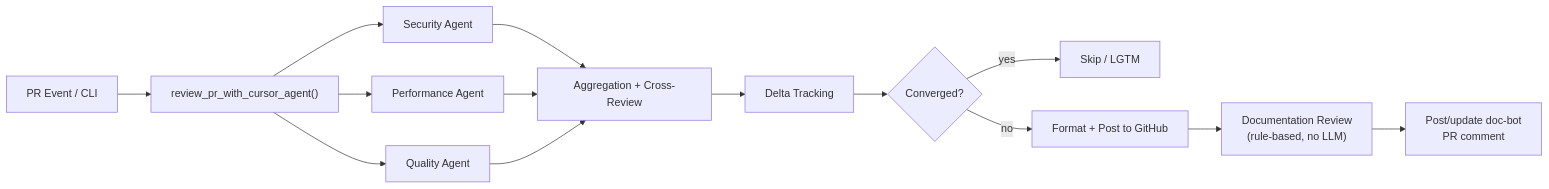
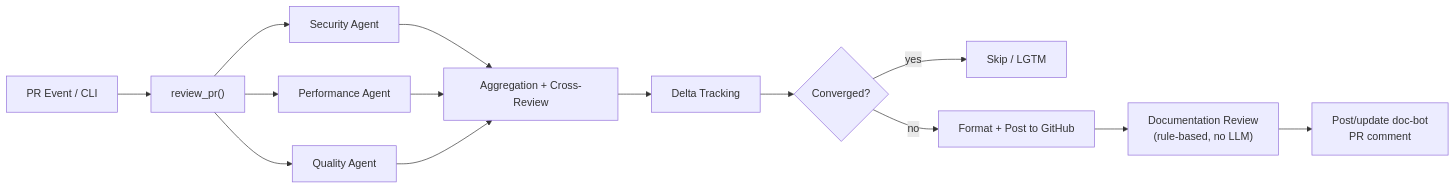
The first of 7 diagrams in docs/ARCHITECTURE.md (calimero-network/ai-code-reviewer), drawn with Mermaid before and after one commit. The commit also changed other lines of this file and 5 other files, not shown here.

````diff
--- a/docs/ARCHITECTURE.md
+++ b/docs/ARCHITECTURE.md
@@ -34,17 +33,17 @@
 ```mermaid
 flowchart LR
     PR["PR Event / CLI"]
-    PR --> Pipeline["review_pr_with_cursor_agent()"]
+    PR --> Pipeline["review_pr()"]
     Pipeline --> A1["Security Agent"]
     Pipeline --> A2["Performance Agent"]
     Pipeline --> A3["Quality Agent"]
     A1 --> Agg["Aggregation + Cross-Review"]
     A2 --> Agg
     A3 --> Agg
     Agg --> Delta["Delta Tracking"]
     Delta --> Conv{"Converged?"}
     Conv -- yes --> Skip["Skip / LGTM"]
     Conv -- no --> Post["Format + Post to GitHub"]
     Post --> DocReview["Documentation Review\n(rule-based, no LLM)"]
     DocReview --> DocComment["Post/update doc-bot\nPR comment"]
 ```
````
